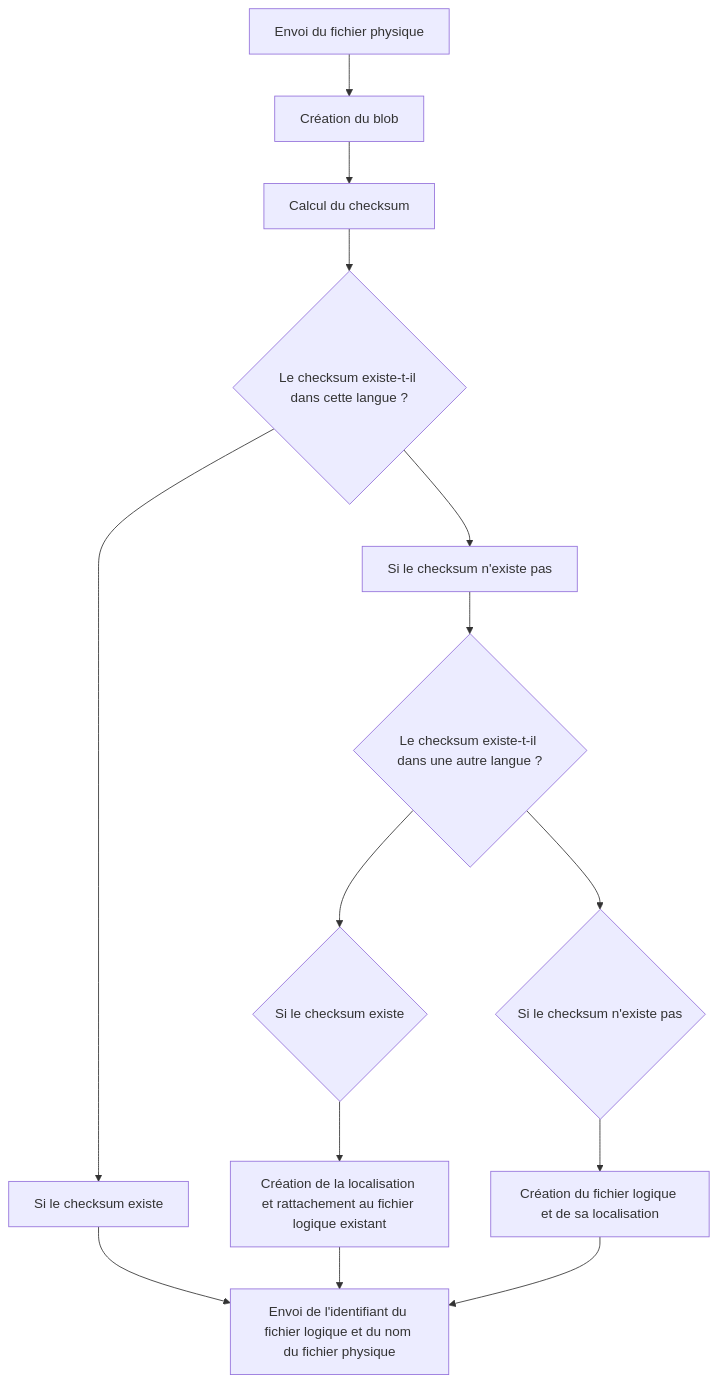
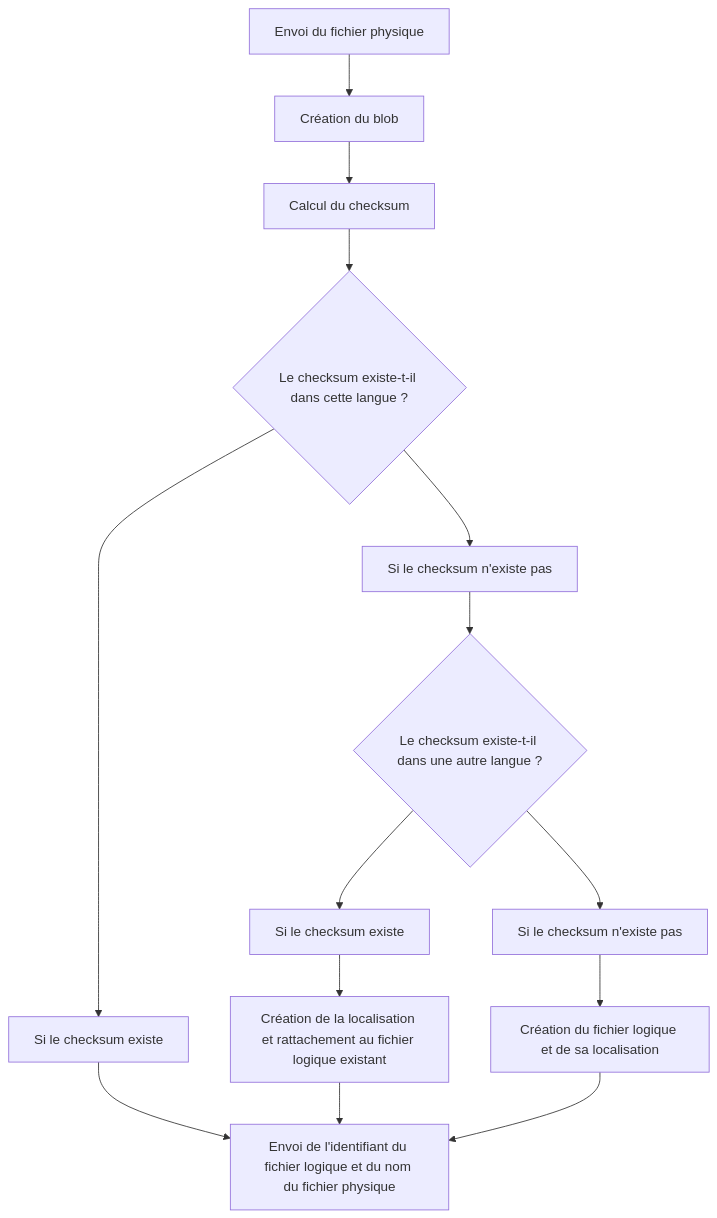
The first of 6 diagrams in content/docs/admin/composants/file-library.md (osunyorg/developers), drawn with Mermaid before and after one commit.

Commit message:
adjust schema

````diff
--- a/content/docs/admin/composants/file-library.md
+++ b/content/docs/admin/composants/file-library.md
@@ -47,21 +47,21 @@
 ```mermaid
 graph TD;
   Envoi-->CreationBlob-->ChecksumCalculation-->Checksum
   Checksum-->ChecksumOui-->EnvoiInfos
   Checksum-->ChecksumNon-->ChecksumOtherLanguage
   ChecksumOtherLanguage-->ChecksumOtherLanguageOui-->CreationLoca-->EnvoiInfos
   ChecksumOtherLanguage-->ChecksumOtherLanguageNon-->CreationFichier-->EnvoiInfos
 
   Envoi["Envoi du fichier physique"]
   CreationBlob["Création du blob"]
   ChecksumCalculation["Calcul du checksum"]
   Checksum{"Le checksum existe-t-il dans cette langue ?"}
   ChecksumOui["Si le checksum existe"]
   ChecksumNon["Si le checksum n'existe pas"]
   ChecksumOtherLanguage{"Le checksum existe-t-il dans une autre langue ?"}
-  ChecksumOtherLanguageOui{"Si le checksum existe"}
-  ChecksumOtherLanguageNon{"Si le checksum n'existe pas"}
+  ChecksumOtherLanguageOui["Si le checksum existe"]
+  ChecksumOtherLanguageNon["Si le checksum n'existe pas"]
   CreationLoca["Création de la localisation et rattachement au fichier logique existant"]
   CreationFichier["Création du fichier logique et de sa localisation"]
   EnvoiInfos["Envoi de l'identifiant du fichier logique et du nom du fichier physique"]
 ```
````
